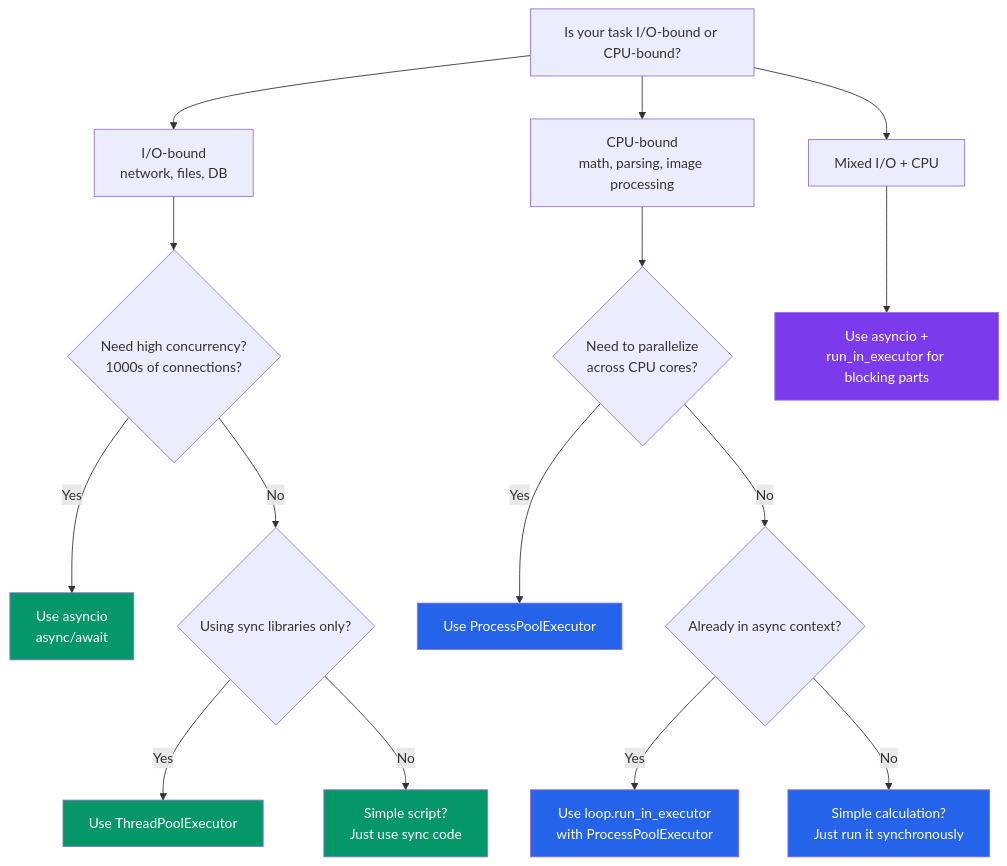
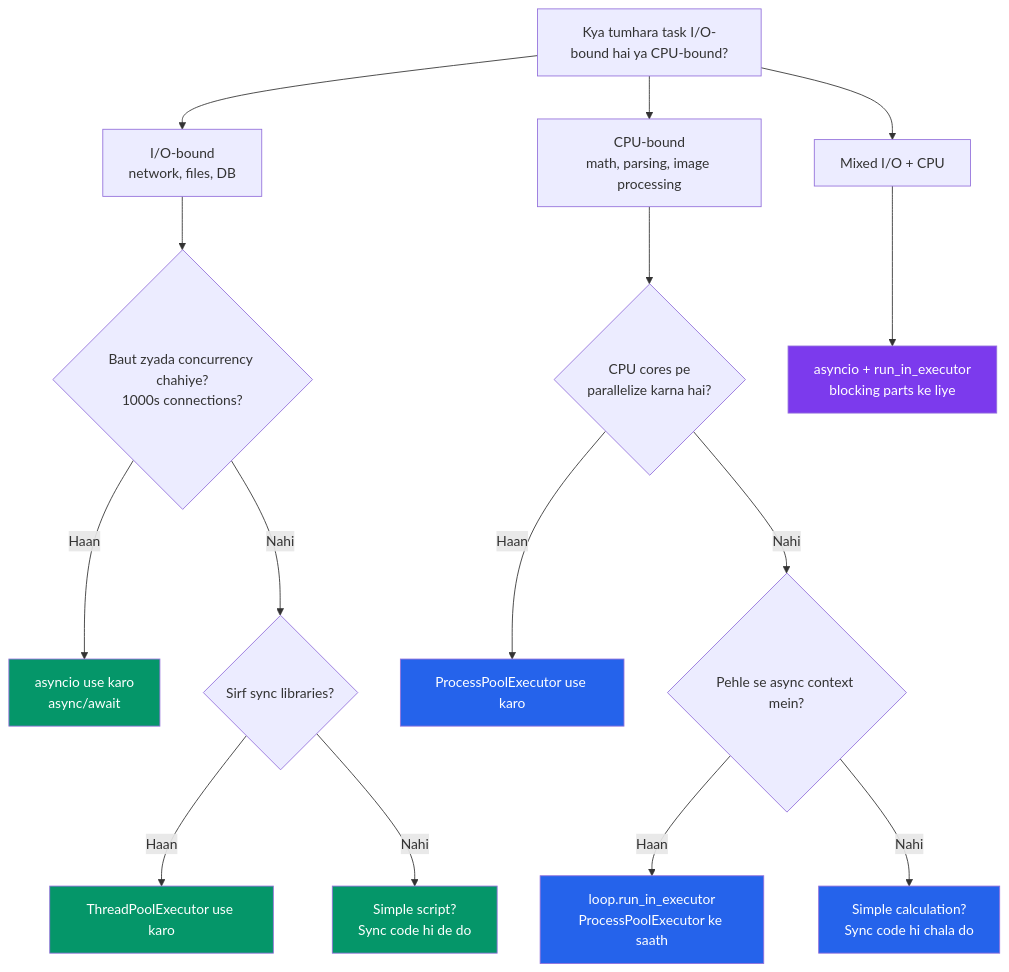
The diagram in python/03_advanced_python/07_concurrency.md (Siddesh-Pansare93/dev-notes), drawn with Mermaid before and after one commit. The commit also changed other lines of this file and 53 other files, not shown here.

````diff
--- a/python/03_advanced_python/07_concurrency.md
+++ b/python/03_advanced_python/07_concurrency.md
@@ -414,30 +415,30 @@
 ```mermaid
 flowchart TD
-    Start[Is your task I/O-bound or CPU-bound?]
+    Start[Kya tumhara task I/O-bound hai ya CPU-bound?]
     
     Start --> IO[I/O-bound<br/>network, files, DB]
     Start --> CPU[CPU-bound<br/>math, parsing, image processing]
     
-    IO --> IOQ1{Need high concurrency?<br/>1000s of connections?}
-    IOQ1 -->|Yes| IO1[Use asyncio<br/>async/await]
-    IOQ1 -->|No| IOQ2{Using sync libraries only?}
-    IOQ2 -->|Yes| IO2[Use ThreadPoolExecutor]
-    IOQ2 -->|No| IO3[Simple script?<br/>Just use sync code]
+    IO --> IOQ1{Baut zyada concurrency chahiye?<br/>1000s connections?}
+    IOQ1 -->|Haan| IO1[asyncio use karo<br/>async/await]
+    IOQ1 -->|Nahi| IOQ2{Sirf sync libraries?}
+    IOQ2 -->|Haan| IO2[ThreadPoolExecutor use karo]
+    IOQ2 -->|Nahi| IO3[Simple script?<br/>Sync code hi de do]
     
-    CPU --> CPUQ1{Need to parallelize<br/>across CPU cores?}
-    CPUQ1 -->|Yes| CPU1[Use ProcessPoolExecutor]
-    CPUQ1 -->|No| CPUQ2{Already in async context?}
-    CPUQ2 -->|Yes| CPU2[Use loop.run_in_executor<br/>with ProcessPoolExecutor]
-    CPUQ2 -->|No| CPU3[Simple calculation?<br/>Just run it synchronously]
+    CPU --> CPUQ1{CPU cores pe<br/>parallelize karna hai?}
+    CPUQ1 -->|Haan| CPU1[ProcessPoolExecutor use karo]
+    CPUQ1 -->|Nahi| CPUQ2{Pehle se async context mein?}
+    CPUQ2 -->|Haan| CPU2[loop.run_in_executor<br/>ProcessPoolExecutor ke saath]
+    CPUQ2 -->|Nahi| CPU3[Simple calculation?<br/>Sync code hi chala do]
     
     Start --> Mixed[Mixed I/O + CPU]
-    Mixed --> Mix1[Use asyncio +<br/>run_in_executor for blocking parts]
+    Mixed --> Mix1[asyncio + run_in_executor<br/>blocking parts ke liye]
     
     style IO1 fill:#059669,color:#fff
     style IO2 fill:#059669,color:#fff
     style IO3 fill:#059669,color:#fff
     style CPU1 fill:#2563eb,color:#fff
     style CPU2 fill:#2563eb,color:#fff
     style CPU3 fill:#2563eb,color:#fff
     style Mix1 fill:#7c3aed,color:#fff
 ```
````
